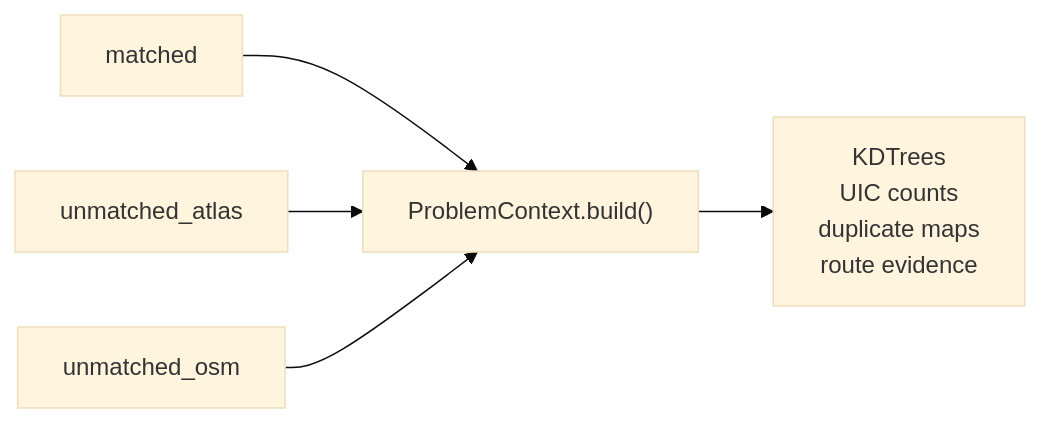
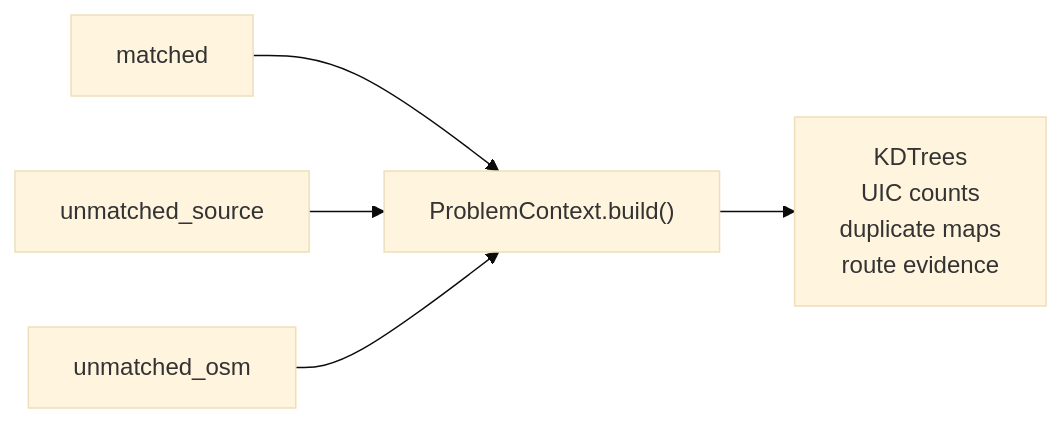
Before and after one commit to openTdataCH/stop_sync_osm_atlas: the first of 2 diagrams in documentation/4.1 Stop Problems.md, drawn with Mermaid (base theme). The commit also changed other lines of this file and 261 other files, not shown here.

````diff
--- a/documentation/4.1 Stop Problems.md
+++ b/documentation/4.1 Stop Problems.md
@@ -18,7 +18,7 @@
 ```mermaid
 flowchart LR
-    M["matched"] & UA["unmatched_atlas"] & UO["unmatched_osm"]
+    M["matched"] & UA["unmatched_source"] & UO["unmatched_osm"]
     CTX["ProblemContext.build()"]
     M & UA & UO --> CTX
     CTX --> KD["KDTrees<br/>UIC counts<br/>duplicate maps<br/>route evidence"]
 ```
````
